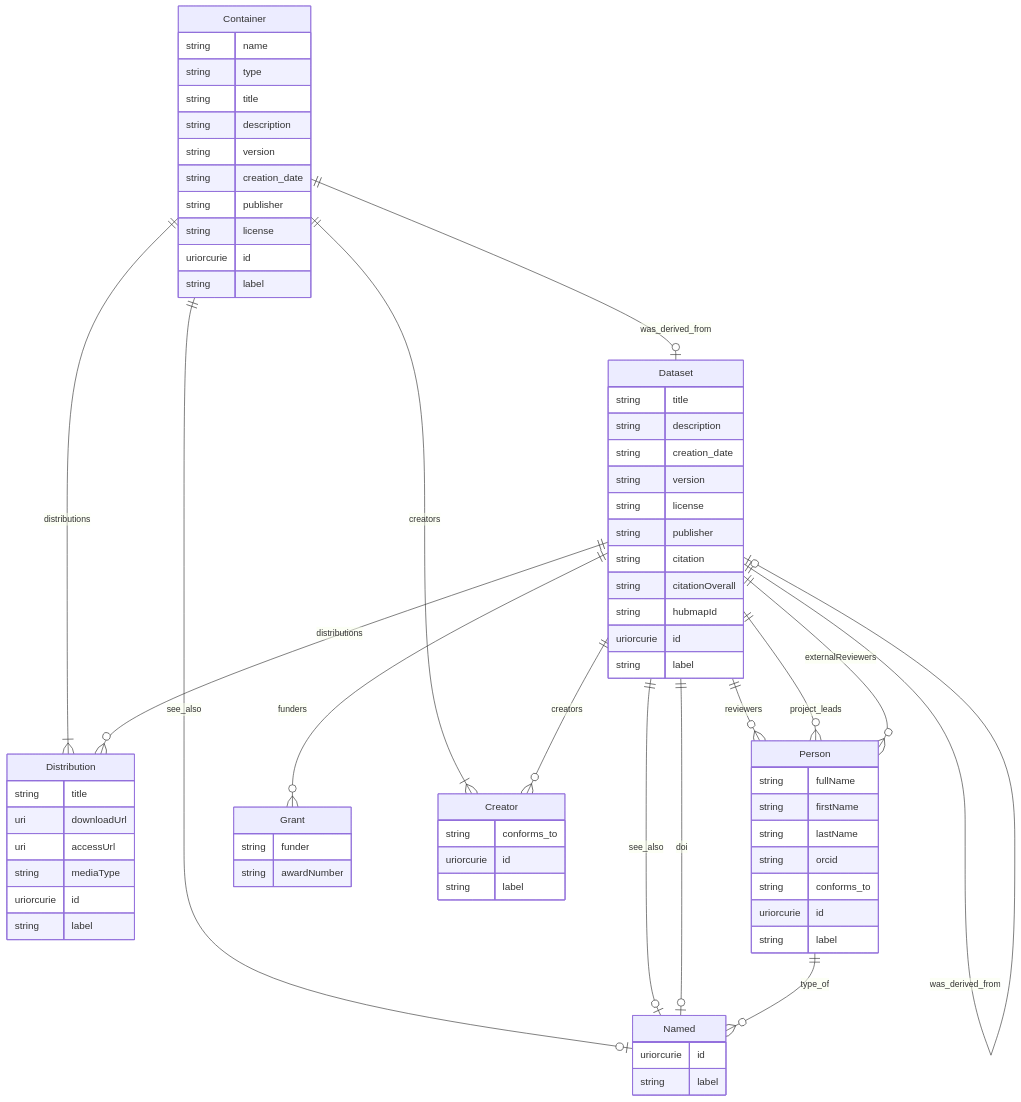
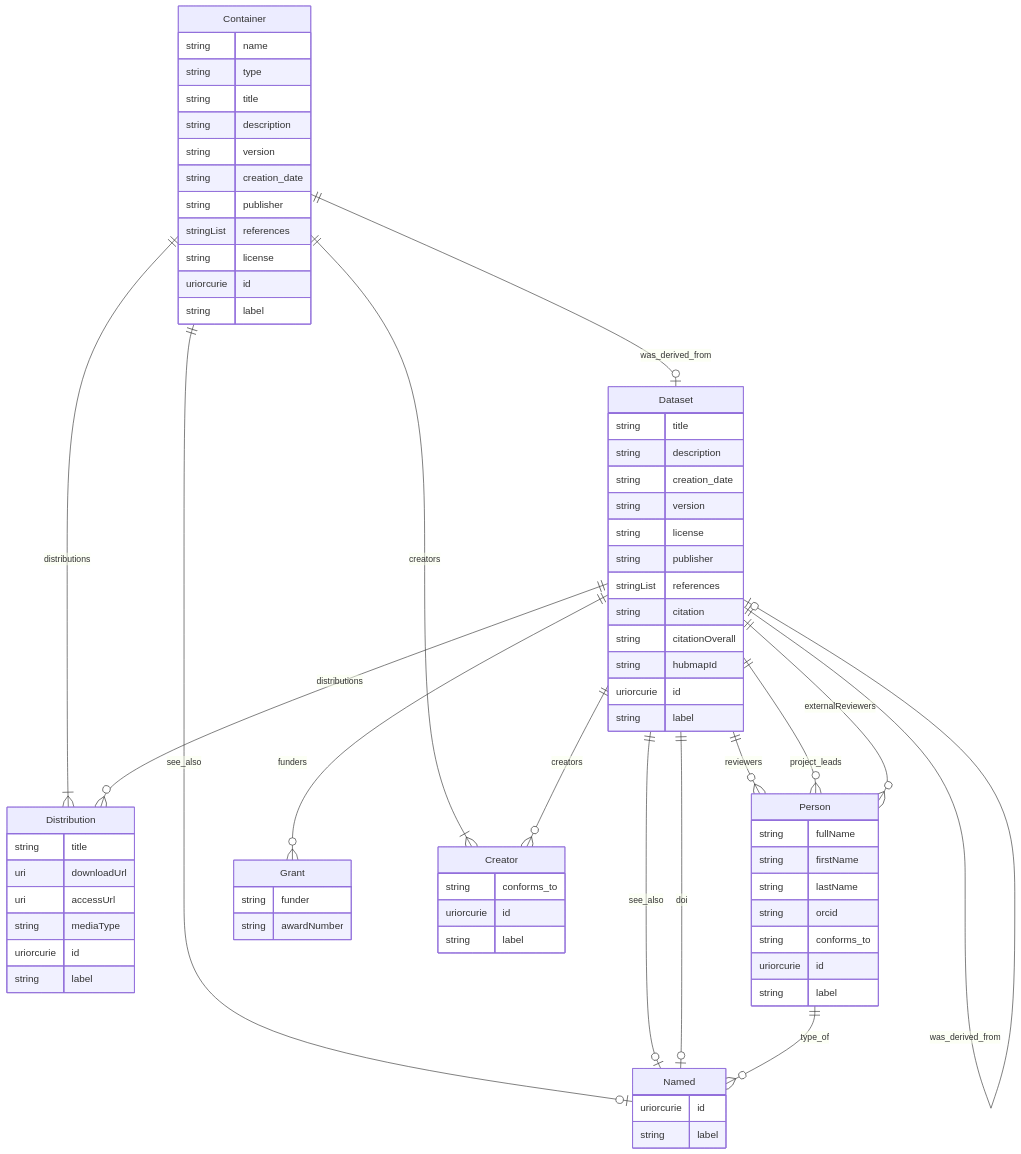
One commit to hubmapconsortium/hra-do-processor changed diagram 18 of 18 in er-diagrams.md. Above: the diagram before and after it, drawn with Mermaid. The commit also changed other lines of this file and 20 other files, not shown here.

````diff
--- a/er-diagrams.md
+++ b/er-diagrams.md
@@ -1310,74 +1315,76 @@
 ```mermaid
 erDiagram
 Container {
     string name  
     string type  
     string title  
     string description  
     string version  
     string creation_date  
     string publisher  
+    stringList references  
     string license  
     uriorcurie id  
     string label  
 }
 Dataset {
     string title  
     string description  
     string creation_date  
     string version  
     string license  
     string publisher  
+    stringList references  
     string citation  
     string citationOverall  
     string hubmapId  
     uriorcurie id  
     string label  
 }
 Distribution {
     string title  
     uri downloadUrl  
     uri accessUrl  
     string mediaType  
     uriorcurie id  
     string label  
 }
 Person {
     string fullName  
     string firstName  
     string lastName  
     string orcid  
     string conforms_to  
     uriorcurie id  
     string label  
 }
 Named {
     uriorcurie id  
     string label  
 }
 Grant {
     string funder  
     string awardNumber  
 }
 Creator {
     string conforms_to  
     uriorcurie id  
     string label  
 }
 
 Container ||--}| Creator : "creators"
 Container ||--|o Named : "see_also"
 Container ||--}| Distribution : "distributions"
 Container ||--|o Dataset : "was_derived_from"
 Dataset ||--}o Creator : "creators"
 Dataset ||--}o Person : "reviewers"
 Dataset ||--|o Named : "see_also"
 Dataset ||--}o Grant : "funders"
 Dataset ||--|o Named : "doi"
 Dataset ||--}o Person : "project_leads"
 Dataset ||--}o Person : "externalReviewers"
 Dataset ||--}o Distribution : "distributions"
 Dataset ||--|o Dataset : "was_derived_from"
 Person ||--}o Named : "type_of"
 
 ```
````
